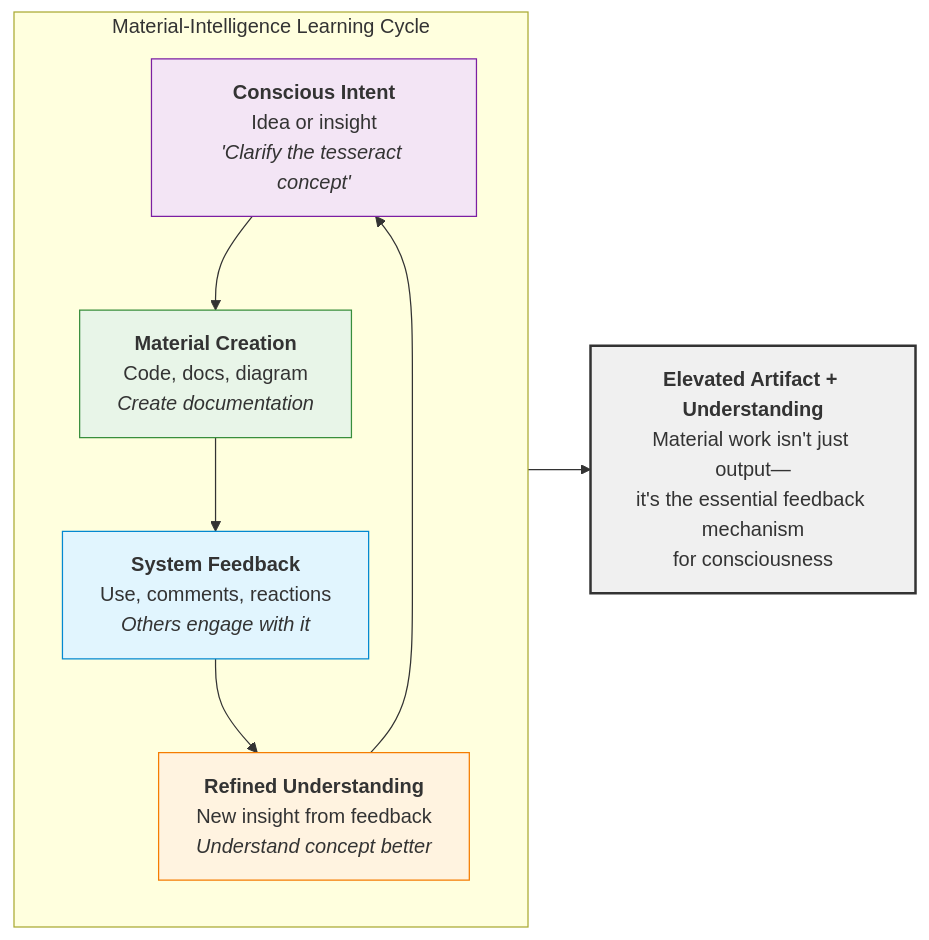
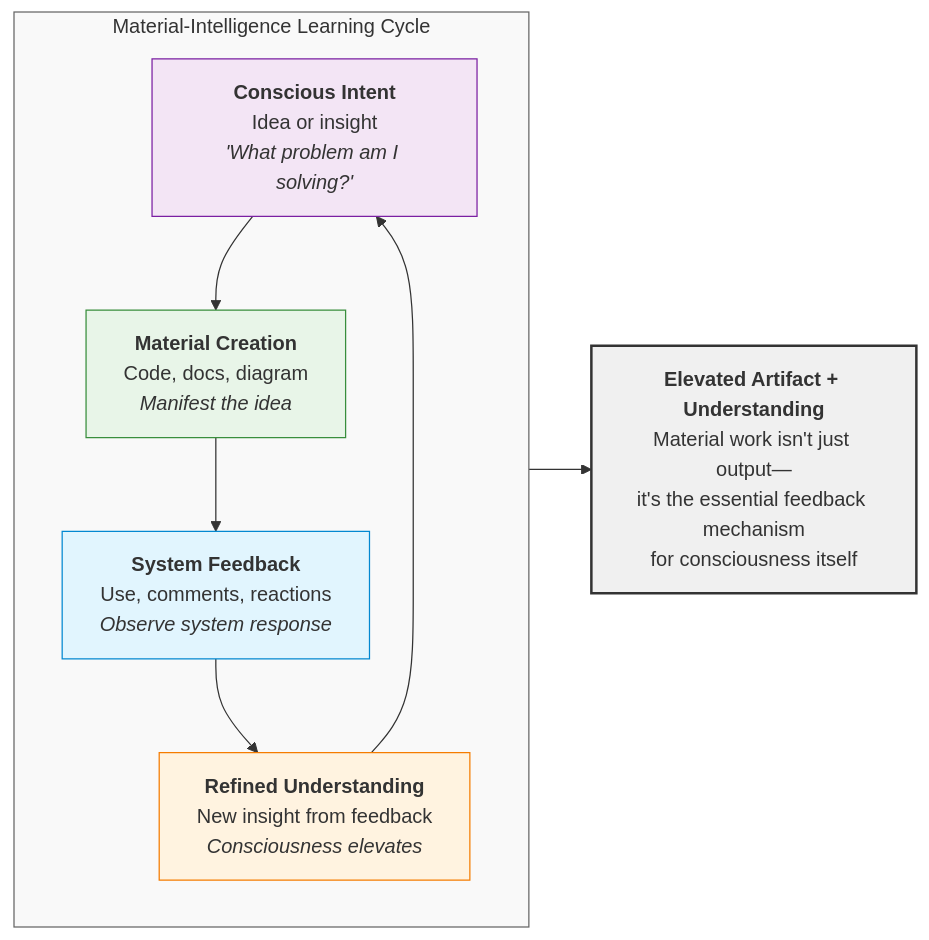
Before and after one commit to ravaioli/solarpunk-mandala: the fifth of 6 diagrams in docs/core-model/07-material-intelligence-framework.md, drawn with Mermaid. The commit also changed other lines of this file, not shown here.

````diff
--- a/docs/core-model/07-material-intelligence-framework.md
+++ b/docs/core-model/07-material-intelligence-framework.md
@@ -236,19 +239,20 @@
 ```mermaid
 flowchart LR
     subgraph Cycle["Material-Intelligence Learning Cycle"]
-        A["<b>Conscious Intent</b><br>Idea or insight<br><i>'Clarify the tesseract concept'</i>"]
-        B["<b>Material Creation</b><br>Code, docs, diagram<br><i>Create documentation</i>"]
-        C["<b>System Feedback</b><br>Use, comments, reactions<br><i>Others engage with it</i>"]
-        D["<b>Refined Understanding</b><br>New insight from feedback<br><i>Understand concept better</i>"]
+        A["<b>Conscious Intent</b><br>Idea or insight<br><i>'What problem am I solving?'</i>"]
+        B["<b>Material Creation</b><br>Code, docs, diagram<br><i>Manifest the idea</i>"]
+        C["<b>System Feedback</b><br>Use, comments, reactions<br><i>Observe system response</i>"]
+        D["<b>Refined Understanding</b><br>New insight from feedback<br><i>Consciousness elevates</i>"]
         
         A --> B --> C --> D --> A
     end
     
-    Cycle --> Outcome["<b>Elevated Artifact + Understanding</b><br>Material work isn't just output—<br>it's the essential feedback mechanism<br>for consciousness"]
+    Cycle --> Outcome["<b>Elevated Artifact + Understanding</b><br>Material work isn't just output—<br>it's the essential feedback mechanism<br>for consciousness itself"]
     
     style A fill:#f3e5f5,stroke:#7b1fa2
     style B fill:#e8f5e8,stroke:#388e3c
     style C fill:#e1f5fe,stroke:#0288d1
     style D fill:#fff3e0,stroke:#f57c00
+    style Cycle fill:#f9f9f9,stroke:#666,stroke-width:1px
     style Outcome fill:#f0f0f0,stroke:#333,stroke-width:2px
 ```
````
